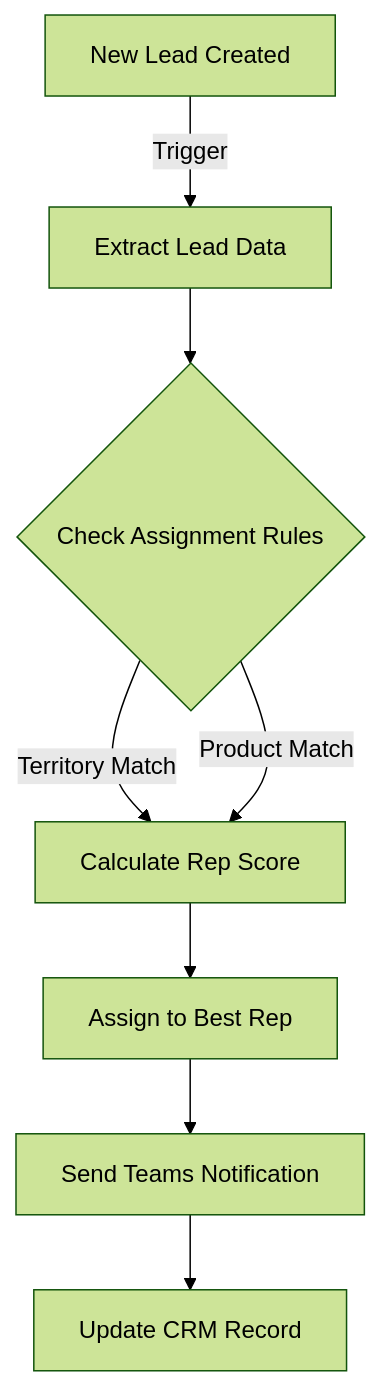
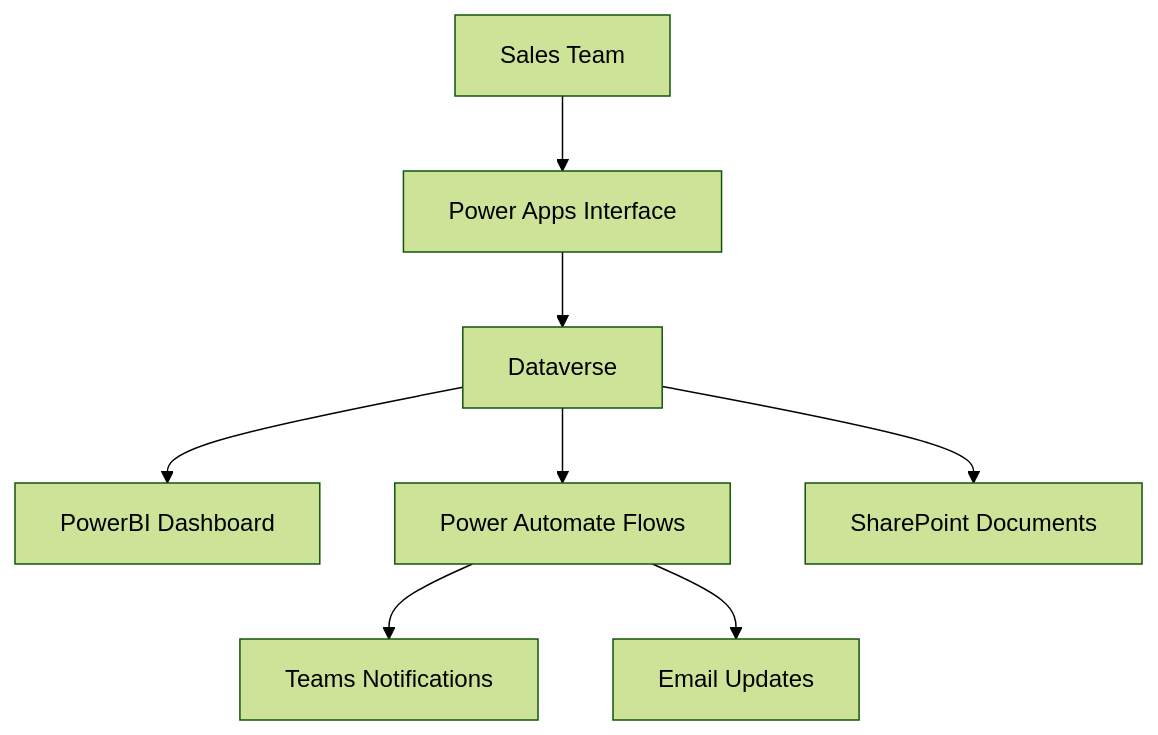
The second of 6 diagrams in content/projects/powerbi/Index.md (pavankakarrot/my-portfolio-website), drawn with Mermaid (forest theme) before and after one commit. The commit also changed other lines of this file, not shown here.

````diff
--- a/content/projects/powerbi/Index.md
+++ b/content/projects/powerbi/Index.md
@@ -126,10 +97,10 @@
 ```mermaid
 graph TD
-    A[New Lead Created] -->|Trigger| B[Extract Lead Data]
-    B --> C{Check Assignment Rules}
-    C -->|Territory Match| D[Calculate Rep Score]
-    C -->|Product Match| D
-    D --> E[Assign to Best Rep]
-    E --> F[Send Teams Notification]
-    F --> G[Update CRM Record]
+    A[Sales Team] --> B[Power Apps Interface]
+    B --> C[Dataverse]
+    C --> D[PowerBI Dashboard]
+    C --> E[Power Automate Flows]
+    E --> F[Teams Notifications]
+    E --> G[Email Updates]
+    C --> H[SharePoint Documents]
 ```
````
